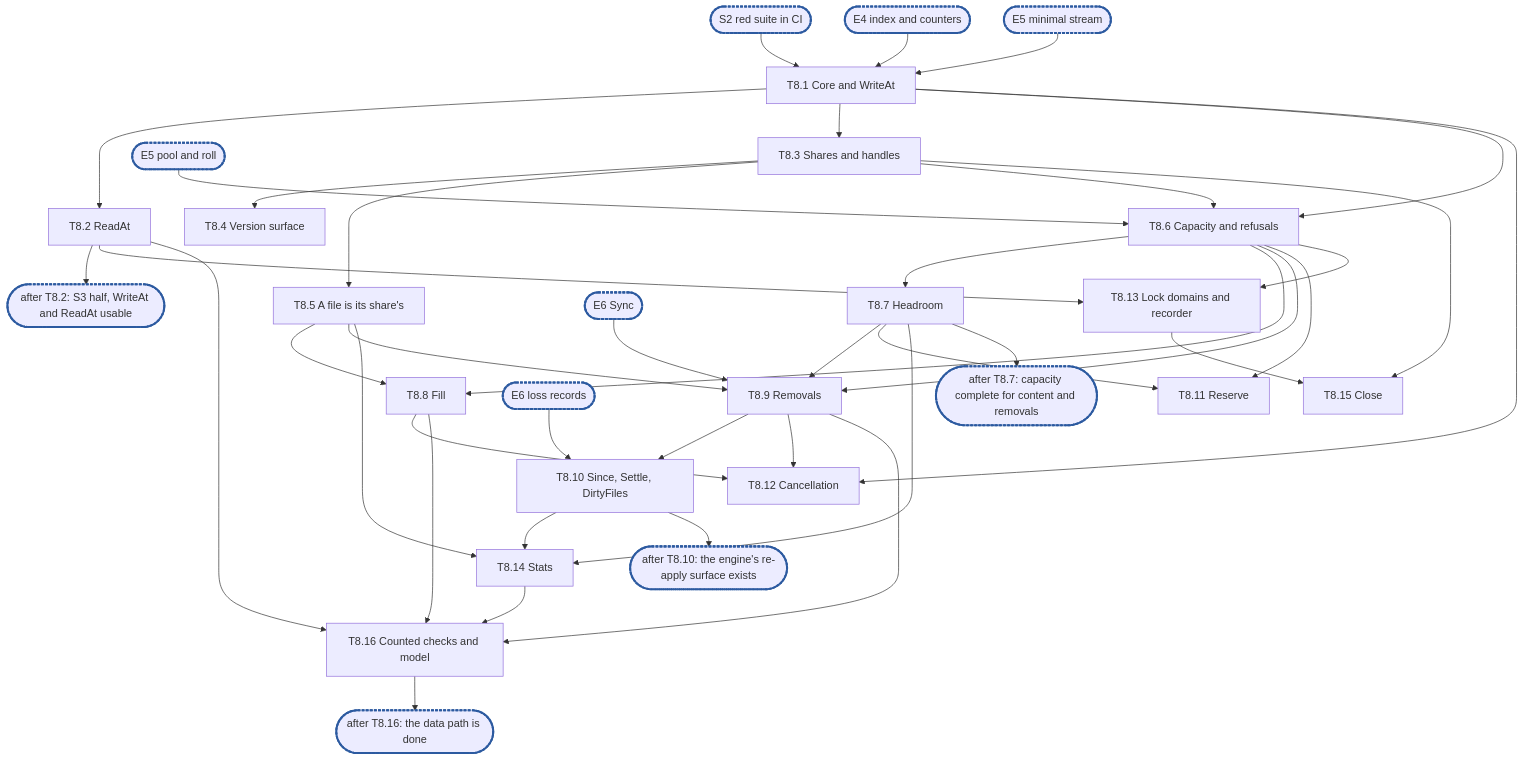
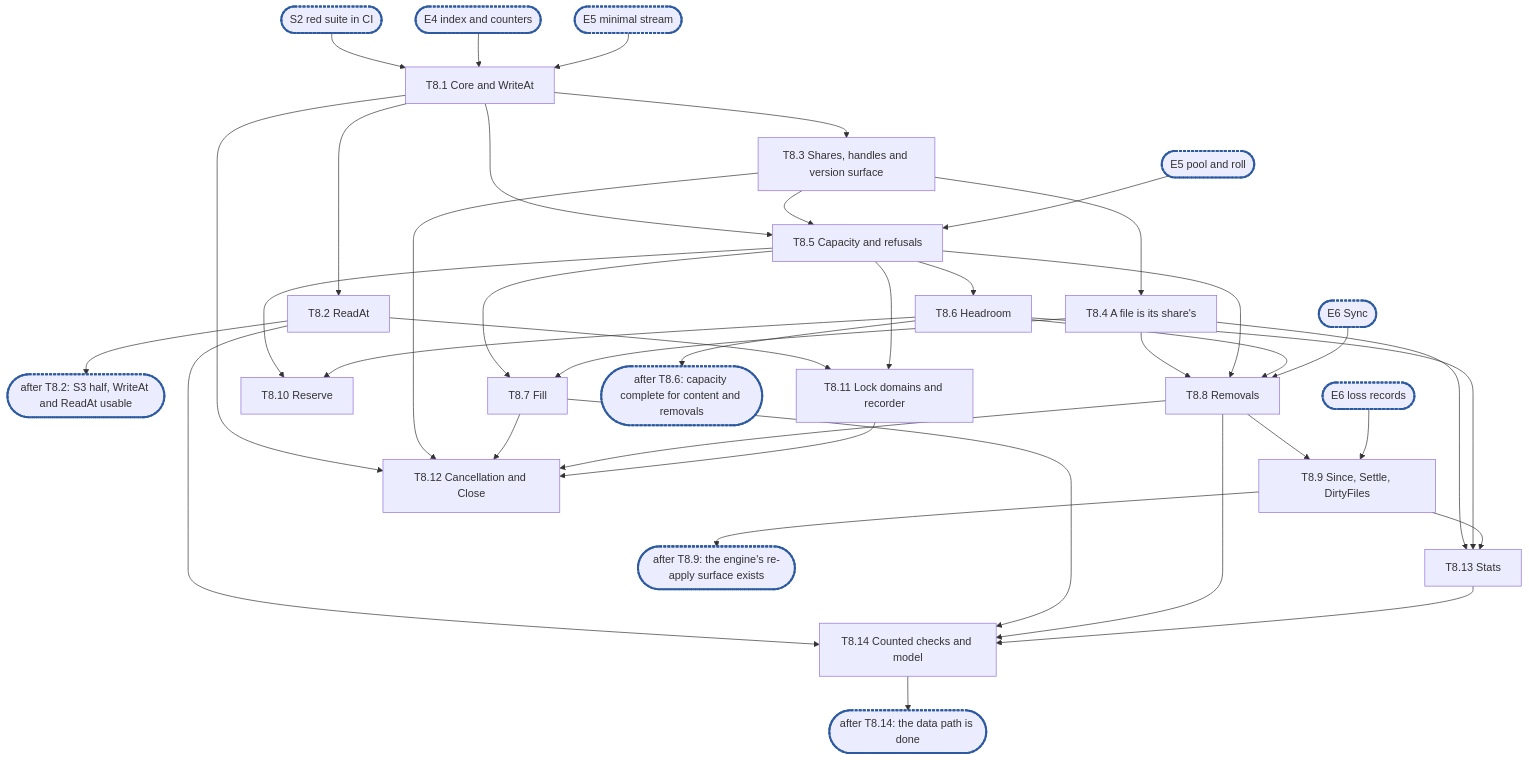
The diagram in docs/internals/planning/rfc-1-journal-epic8.md (marmos91/dittofs), drawn with Mermaid before and after one commit. The commit also changed other lines of this file and 1 other file, not shown here.

````diff
--- a/docs/internals/planning/rfc-1-journal-epic8.md
+++ b/docs/internals/planning/rfc-1-journal-epic8.md
@@ -1094,43 +1081,42 @@
 ```mermaid
 flowchart TD
   S2(["S2 red suite in CI"]):::sync --> T1["T8.1 Core and WriteAt"]
   E4(["E4 index and counters"]):::sync --> T1
   E5s(["E5 minimal stream"]):::sync --> T1
   T1 --> T2["T8.2 ReadAt"]
-  T1 --> T3["T8.3 Shares and handles"]
+  T1 --> T3["T8.3 Shares, handles and version surface"]
   T2 --> C1(["after T8.2: S3 half, WriteAt and ReadAt usable"]):::sync
-  T3 --> T4["T8.4 Version surface"]
-  T3 --> T5["T8.5 A file is its share's"]
-  T1 --> T6["T8.6 Capacity and refusals"]
-  T3 --> T6
-  E5p(["E5 pool and roll"]):::sync --> T6
-  T6 --> T7["T8.7 Headroom"]
-  T6 --> T8["T8.8 Fill"]
+  T3 --> T4["T8.4 A file is its share's"]
+  T1 --> T5["T8.5 Capacity and refusals"]
+  T3 --> T5
+  E5p(["E5 pool and roll"]):::sync --> T5
+  T5 --> T6["T8.6 Headroom"]
+  T5 --> T7["T8.7 Fill"]
+  T4 --> T7
+  T4 --> T8["T8.8 Removals"]
   T5 --> T8
-  T5 --> T9["T8.9 Removals"]
-  T6 --> T9
-  T7 --> T9
-  E6s(["E6 Sync"]):::sync --> T9
-  T6 --> T11["T8.11 Reserve"]
-  T7 --> T11
-  T9 --> T10["T8.10 Since, Settle, DirtyFiles"]
-  E6l(["E6 loss records"]):::sync --> T10
-  T1 --> T12["T8.12 Cancellation"]
+  T6 --> T8
+  E6s(["E6 Sync"]):::sync --> T8
+  T5 --> T10["T8.10 Reserve"]
+  T6 --> T10
+  T8 --> T9["T8.9 Since, Settle, DirtyFiles"]
+  E6l(["E6 loss records"]):::sync --> T9
+  T2 --> T11["T8.11 Lock domains and recorder"]
+  T5 --> T11
+  T1 --> T12["T8.12 Cancellation and Close"]
+  T3 --> T12
+  T7 --> T12
   T8 --> T12
-  T9 --> T12
-  T2 --> T13["T8.13 Lock domains and recorder"]
+  T11 --> T12
+  T4 --> T13["T8.13 Stats"]
   T6 --> T13
-  T5 --> T14["T8.14 Stats"]
+  T9 --> T13
+  T2 --> T14["T8.14 Counted checks and model"]
   T7 --> T14
-  T10 --> T14
-  T3 --> T15["T8.15 Close"]
-  T13 --> T15
-  T2 --> T16["T8.16 Counted checks and model"]
-  T8 --> T16
-  T9 --> T16
-  T14 --> T16
-  T7 --> C2(["after T8.7: capacity complete for content and removals"]):::sync
-  T10 --> C3(["after T8.10: the engine's re-apply surface exists"]):::sync
-  T16 --> C4(["after T8.16: the data path is done"]):::sync
+  T8 --> T14
+  T13 --> T14
+  T6 --> C2(["after T8.6: capacity complete for content and removals"]):::sync
+  T9 --> C3(["after T8.9: the engine's re-apply surface exists"]):::sync
+  T14 --> C4(["after T8.14: the data path is done"]):::sync
   classDef sync stroke:#2c5aa0,stroke-width:3px,stroke-dasharray:4 2
 ```
````
